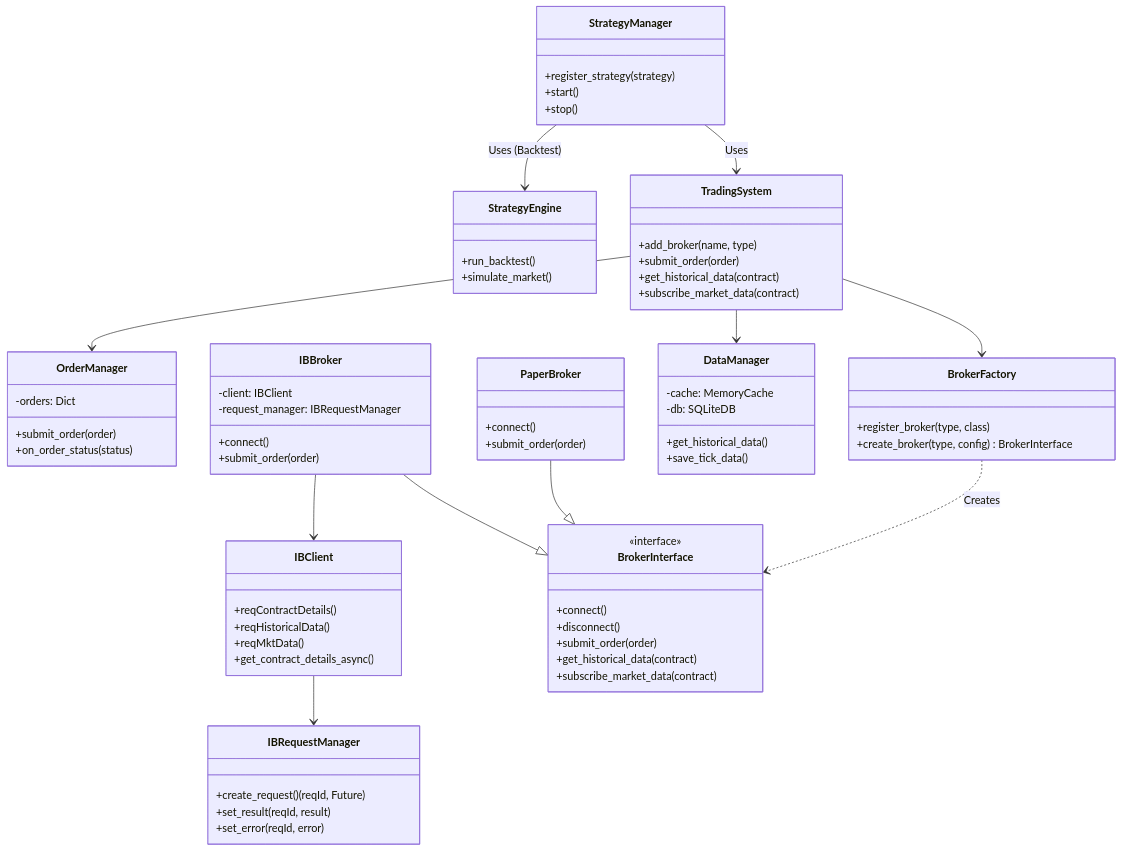
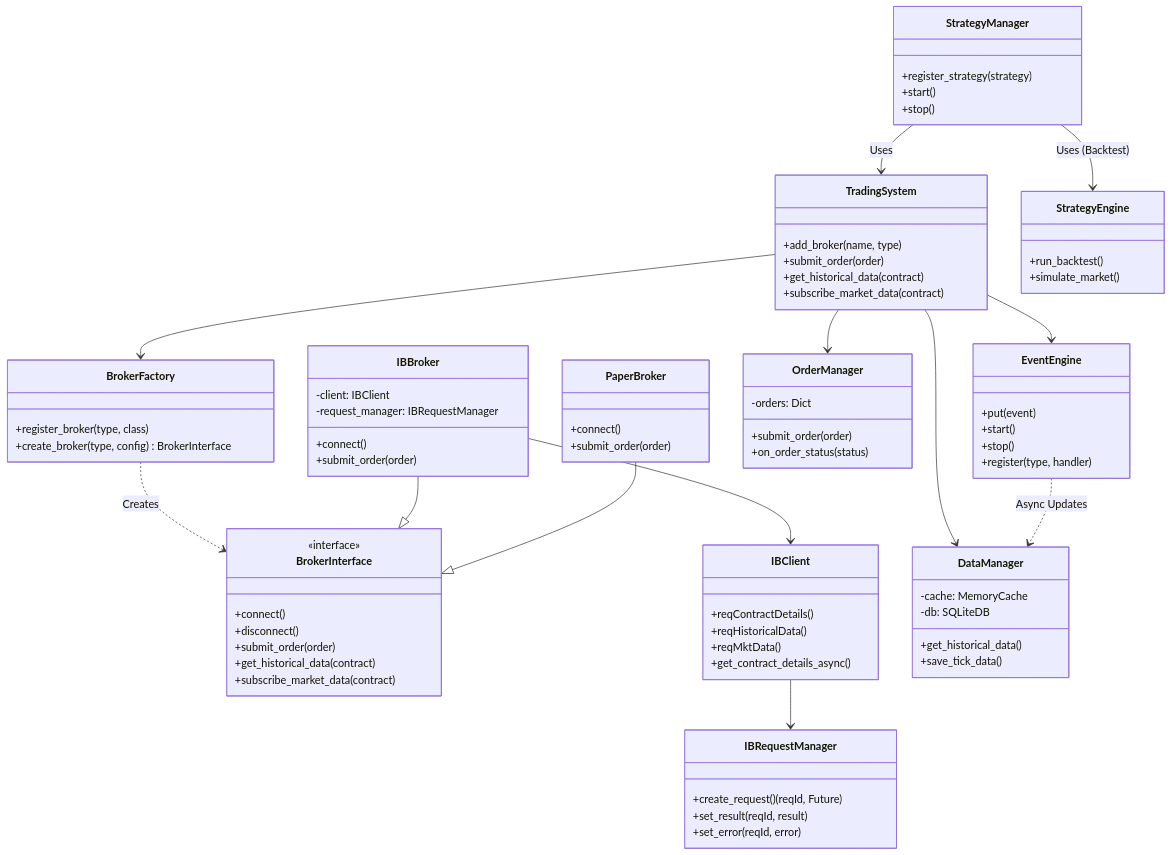
Before and after one commit to birjoossh/trading-system: the third of 3 diagrams in unified_trading_platform/docs/architecture.md, drawn with Mermaid. The commit also changed 2 other files, not shown here.

Commit message:
docs: Update architecture diagrams to introduce EventEngine for asynchronous market data handling.

````diff
--- a/unified_trading_platform/docs/architecture.md
+++ b/unified_trading_platform/docs/architecture.md
@@ -150,9 +150,17 @@
         +simulate_market()
     }
 
+    class EventEngine {
+        +put(event)
+        +start()
+        +stop()
+        +register(type, handler)
+    }
+
     TradingSystem --> BrokerFactory
     TradingSystem --> DataManager
     TradingSystem --> OrderManager
+    TradingSystem --> EventEngine
     
     BrokerFactory ..> BrokerInterface : Creates
     IBBroker --|> BrokerInterface
@@ -163,4 +171,6 @@
     
     StrategyManager --> TradingSystem : Uses
     StrategyManager --> StrategyEngine : Uses (Backtest)
+    
+    EventEngine ..> DataManager : Async Updates
 ```
````
